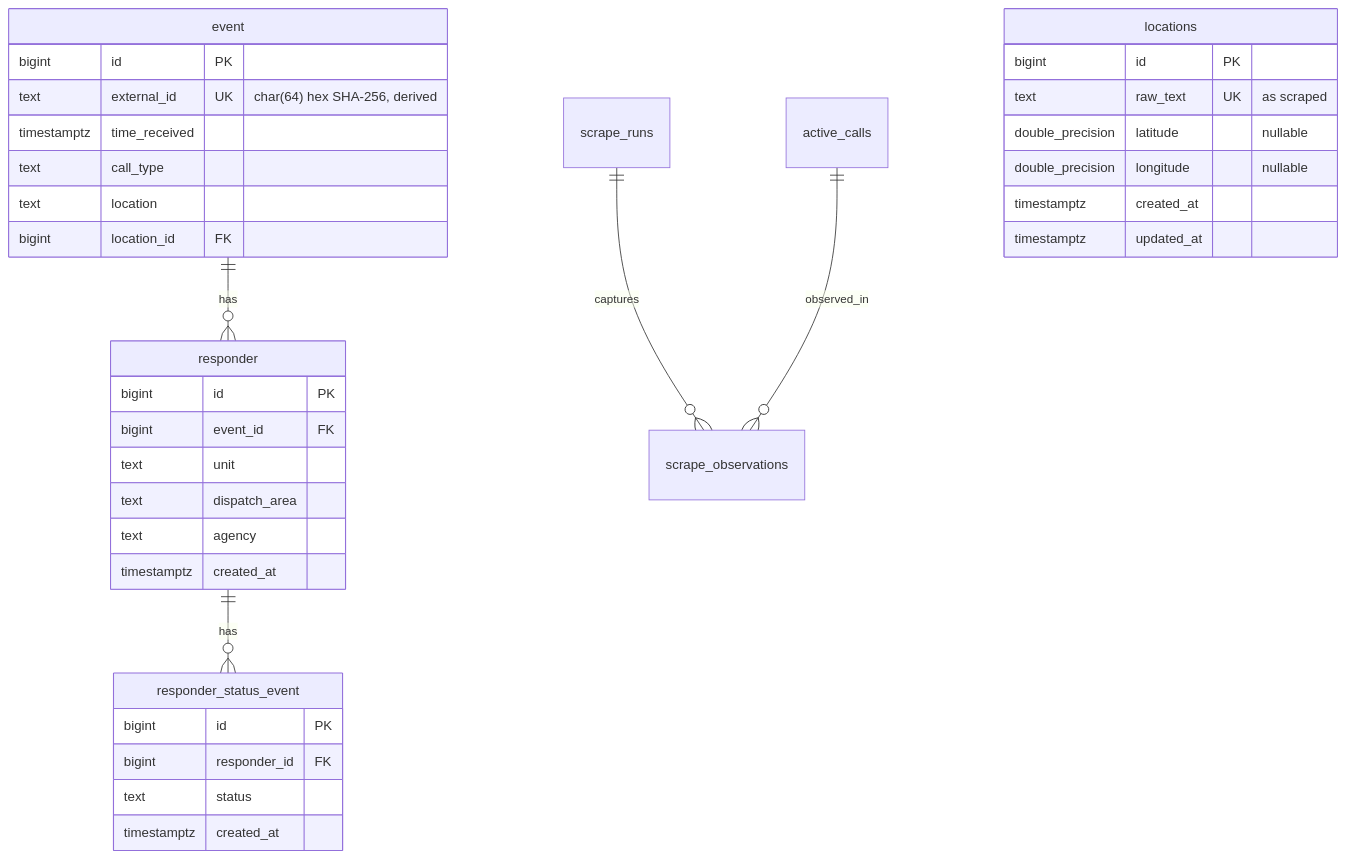
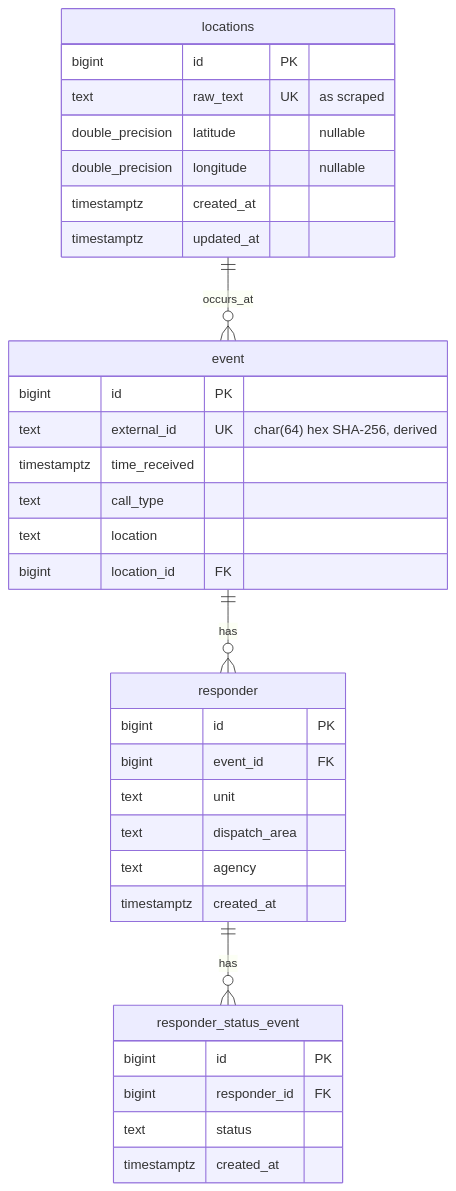
Before and after one commit to durid-ah/dispatch-map: the second of 4 diagrams in docs/erd.md, drawn with Mermaid. The commit also changed other lines of this file, not shown here.

Commit message:
update the rest of the erd doc based on the new diagram

````diff
--- a/docs/erd.md
+++ b/docs/erd.md
@@ -46,42 +46,40 @@
 ```mermaid
 erDiagram
     event ||--o{ responder : has
     responder ||--o{ responder_status_event : has
-
-    scrape_runs ||--o{ scrape_observations : captures
-    active_calls ||--o{ scrape_observations : observed_in
+    locations ||--o{ event : occurs_at
 
     locations {
         bigint id PK
         text raw_text UK "as scraped"
         double_precision latitude "nullable"
         double_precision longitude "nullable"
         timestamptz created_at
         timestamptz updated_at
     }
 
     event {
         bigint id PK
         text external_id UK "char(64) hex SHA-256, derived"
         timestamptz time_received
         text call_type
         text location
         bigint location_id FK
     }
 
     responder {
         bigint id PK
         bigint event_id FK
         text unit
         text dispatch_area
         text agency
         timestamptz created_at
     }
 
     responder_status_event {
         bigint id PK
         bigint responder_id FK
         text status
         timestamptz created_at
     }
 ```
````
